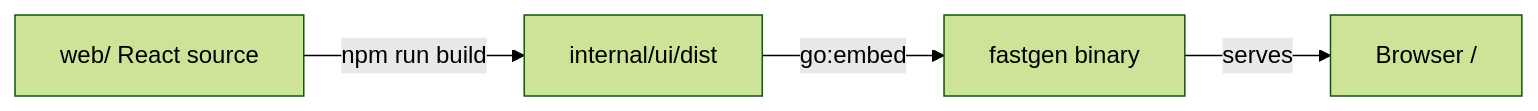
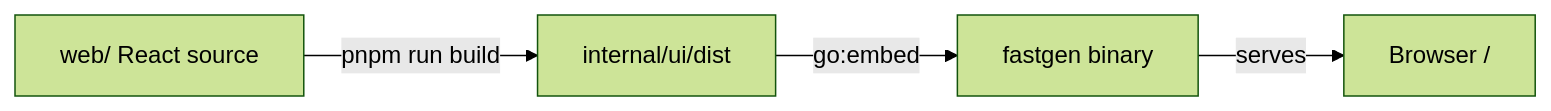
The second of 2 diagrams in docs/ARCHITECTURE.md (aurum-alpha/gofast), drawn with Mermaid (forest theme) before and after one commit. The commit also changed other lines of this file and 8 other files, not shown here.

First line of the commit message:
web: migrate to pnpm and adopt the shared node lint job

````diff
--- a/docs/ARCHITECTURE.md
+++ b/docs/ARCHITECTURE.md
@@ -71,6 +71,6 @@
 ```mermaid
 flowchart LR
-  webSrc["web/ React source"] -->|npm run build| dist["internal/ui/dist"]
+  webSrc["web/ React source"] -->|pnpm run build| dist["internal/ui/dist"]
   dist -->|go:embed| fastgenBin["fastgen binary"]
   fastgenBin -->|serves| browser["Browser /"]
 ```
````
